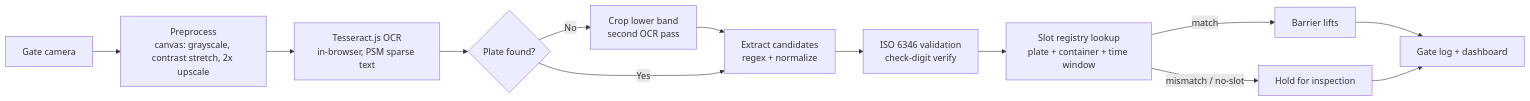
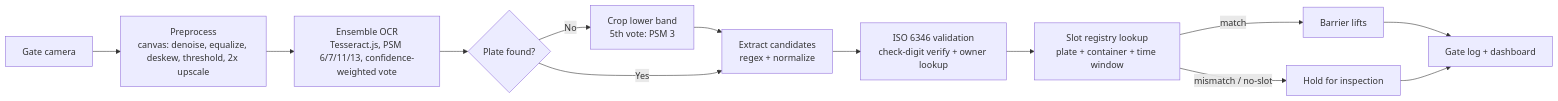
The diagram in README.md (eliem08/gatewatch), drawn with Mermaid before and after one commit. The commit also changed other lines of this file, not shown here.

````diff
--- a/README.md
+++ b/README.md
@@ -49,15 +51,15 @@
 ```mermaid
 flowchart LR
-    CAM[Gate camera] --> PRE[Preprocess\ncanvas: grayscale, contrast stretch, 2x upscale]
-    PRE --> OCR[Tesseract.js OCR\nin-browser, PSM sparse text]
+    CAM[Gate camera] --> PRE[Preprocess\ncanvas: denoise, equalize, deskew, threshold, 2x upscale]
+    PRE --> OCR[Ensemble OCR\nTesseract.js, PSM 6/7/11/13, confidence-weighted vote]
     OCR --> PLATE{Plate found?}
-    PLATE -- No --> CROP[Crop lower band\nsecond OCR pass]
+    PLATE -- No --> CROP[Crop lower band\n5th vote: PSM 3]
     CROP --> EXTRACT
     PLATE -- Yes --> EXTRACT[Extract candidates\nregex + normalize]
-    EXTRACT --> ISO[ISO 6346 validation\ncheck-digit verify]
+    EXTRACT --> ISO[ISO 6346 validation\ncheck-digit verify + owner lookup]
     ISO --> SLOT[Slot registry lookup\nplate + container + time window]
     SLOT -->|match| GREEN[Barrier lifts]
     SLOT -->|mismatch / no-slot| RED[Hold for inspection]
     GREEN --> LOG[Gate log + dashboard]
     RED --> LOG
 ```
````
